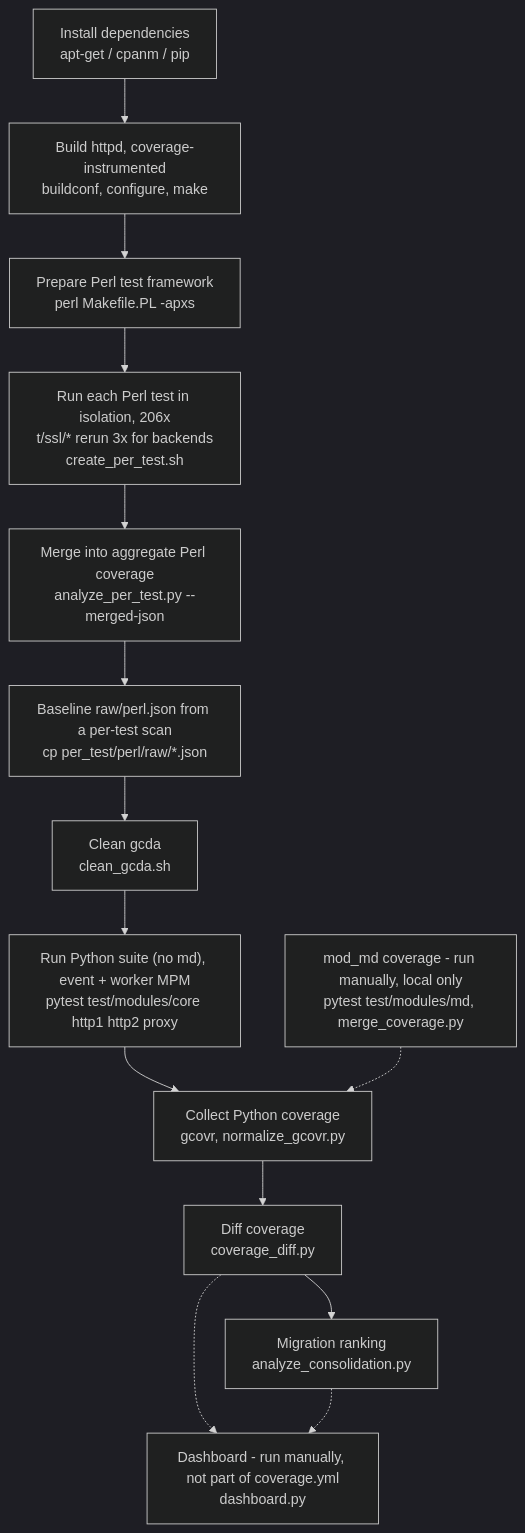
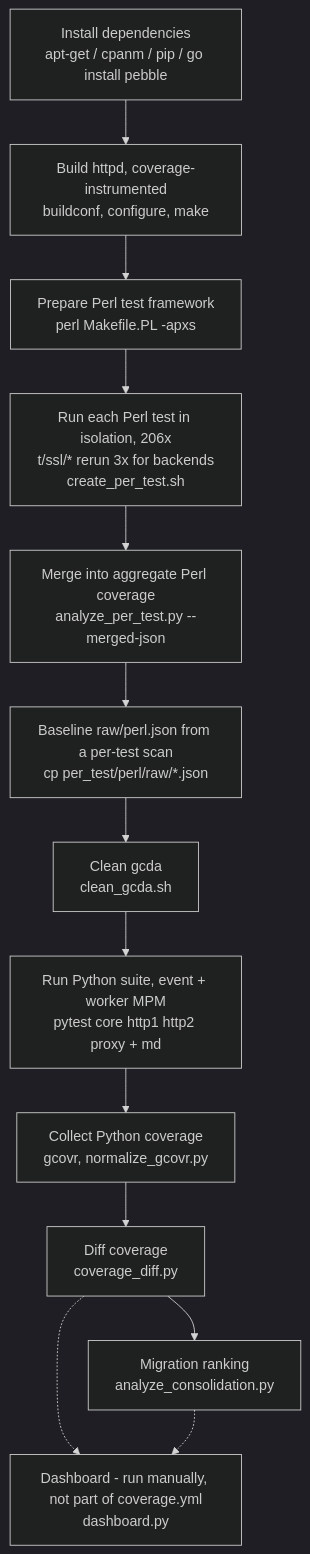
Before and after one commit to ichristod/httpd-testsuites-analysis: the diagram in README.md, drawn with Mermaid (dark theme). The commit also changed other lines of this file, not shown here.

Commit message:
Update README: mod_md now runs in CI, no local merge needed

````diff
--- a/README.md
+++ b/README.md
@@ -330,21 +323,19 @@
 ```mermaid
 flowchart TD
-    A["Install dependencies<br/>apt-get / cpanm / pip"]
+    A["Install dependencies<br/>apt-get / cpanm / pip / go install pebble"]
     B["Build httpd, coverage-instrumented<br/>buildconf, configure, make"]
     C["Prepare Perl test framework<br/>perl Makefile.PL -apxs"]
     D["Run each Perl test in isolation, 206x<br/>t/ssl/* rerun 3x for backends<br/>create_per_test.sh"]
     E["Merge into aggregate Perl coverage<br/>analyze_per_test.py --merged-json"]
     F["Baseline raw/perl.json from a per-test scan<br/>cp per_test/perl/raw/*.json"]
     G["Clean gcda<br/>clean_gcda.sh"]
-    H["Run Python suite (no md), event + worker MPM<br/>pytest test/modules/core http1 http2 proxy"]
+    H["Run Python suite, event + worker MPM<br/>pytest core http1 http2 proxy + md"]
     I["Collect Python coverage<br/>gcovr, normalize_gcovr.py"]
     J["Diff coverage<br/>coverage_diff.py"]
     K["Migration ranking<br/>analyze_consolidation.py"]
     L["Dashboard - run manually, not part of coverage.yml<br/>dashboard.py"]
-    M["mod_md coverage - run manually, local only<br/>pytest test/modules/md, merge_coverage.py"]
 
     A --> B --> C --> D --> E --> F --> G --> H --> I --> J --> K
     J -.-> L
     K -.-> L
-    M -.-> I
 ```
````
